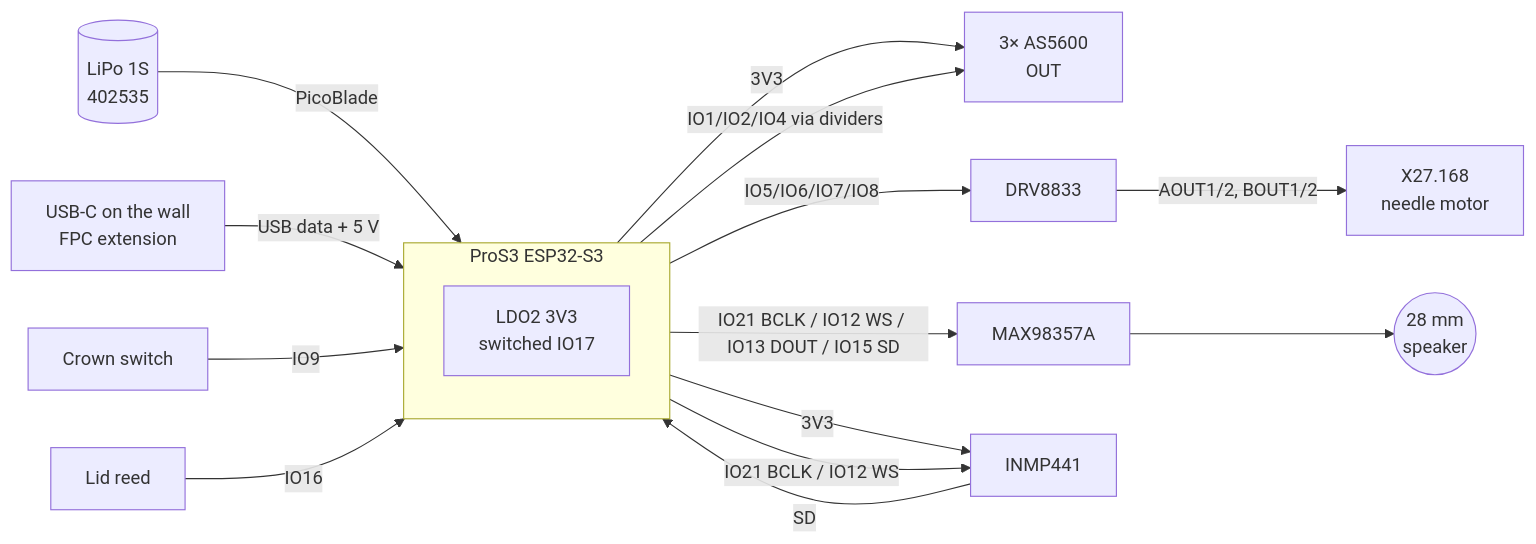
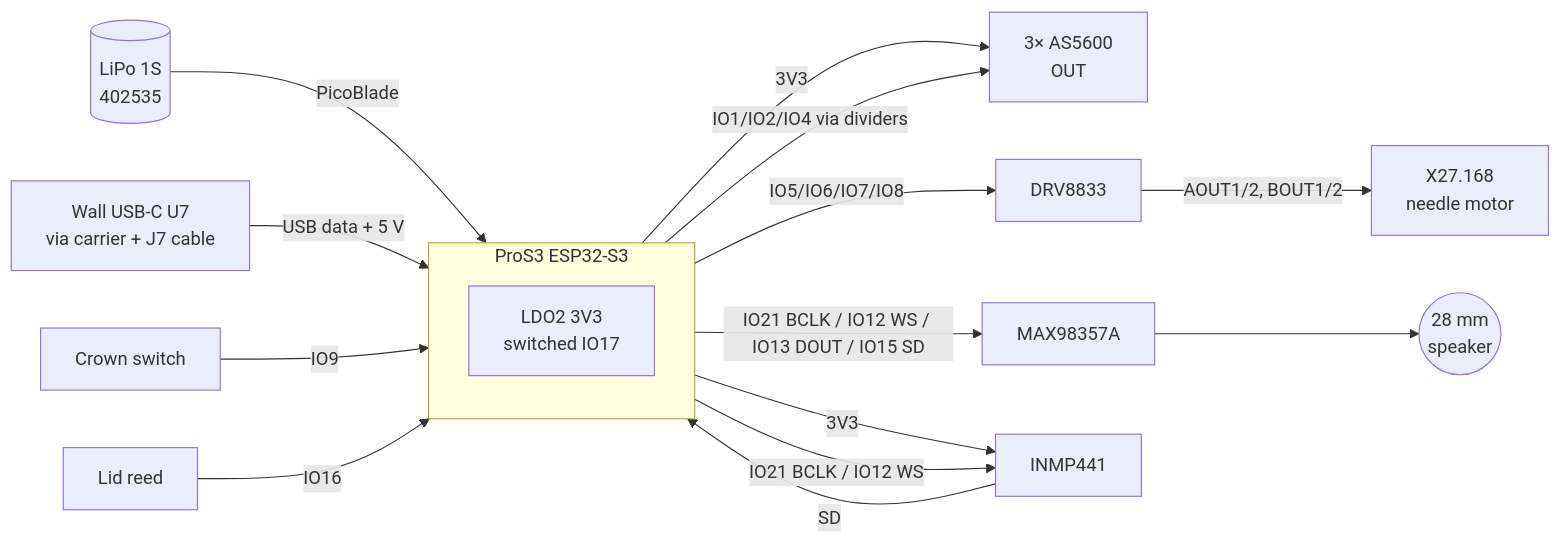
One commit to Kixantrix/alethiometer changed the diagram in hardware/WIRING.md. Above: the diagram before and after it, drawn with Mermaid. The commit also changed other lines of this file and 66 other files, not shown here.

First line of the commit message:
feat(hardware): crown switch and wall USB-C mounted on the carrier

````diff
--- a/hardware/WIRING.md
+++ b/hardware/WIRING.md
@@ -12,20 +13,20 @@
 ```mermaid
 flowchart LR
   BAT[(LiPo 1S<br/>402535)] -- PicoBlade --> MCU
-  USBC[USB-C on the wall<br/>FPC extension] -- USB data + 5 V --> MCU
+  USBC[Wall USB-C U7<br/>via carrier + J7 cable] -- USB data + 5 V --> MCU
   subgraph MCU[ProS3 ESP32-S3]
     direction TB
     LDO2[LDO2 3V3<br/>switched IO17]
   end
   MCU -- IO1/IO2/IO4 via dividers --> HALL[3× AS5600<br/>OUT]
   LDO2 -- 3V3 --> HALL
   MCU -- IO5/IO6/IO7/IO8 --> DRV[DRV8833]
   DRV -- AOUT1/2, BOUT1/2 --> X27[X27.168<br/>needle motor]
   MCU -- IO21 BCLK / IO12 WS / IO13 DOUT / IO15 SD --> AMP[MAX98357A]
   AMP --> SPK((28 mm<br/>speaker))
   MIC[INMP441] -- SD --> MCU
   MCU -- IO21 BCLK / IO12 WS --> MIC
   LDO2 -- 3V3 --> MIC
   CROWN[Crown switch] -- IO9 --> MCU
   REED[Lid reed] -- IO16 --> MCU
 ```
````
